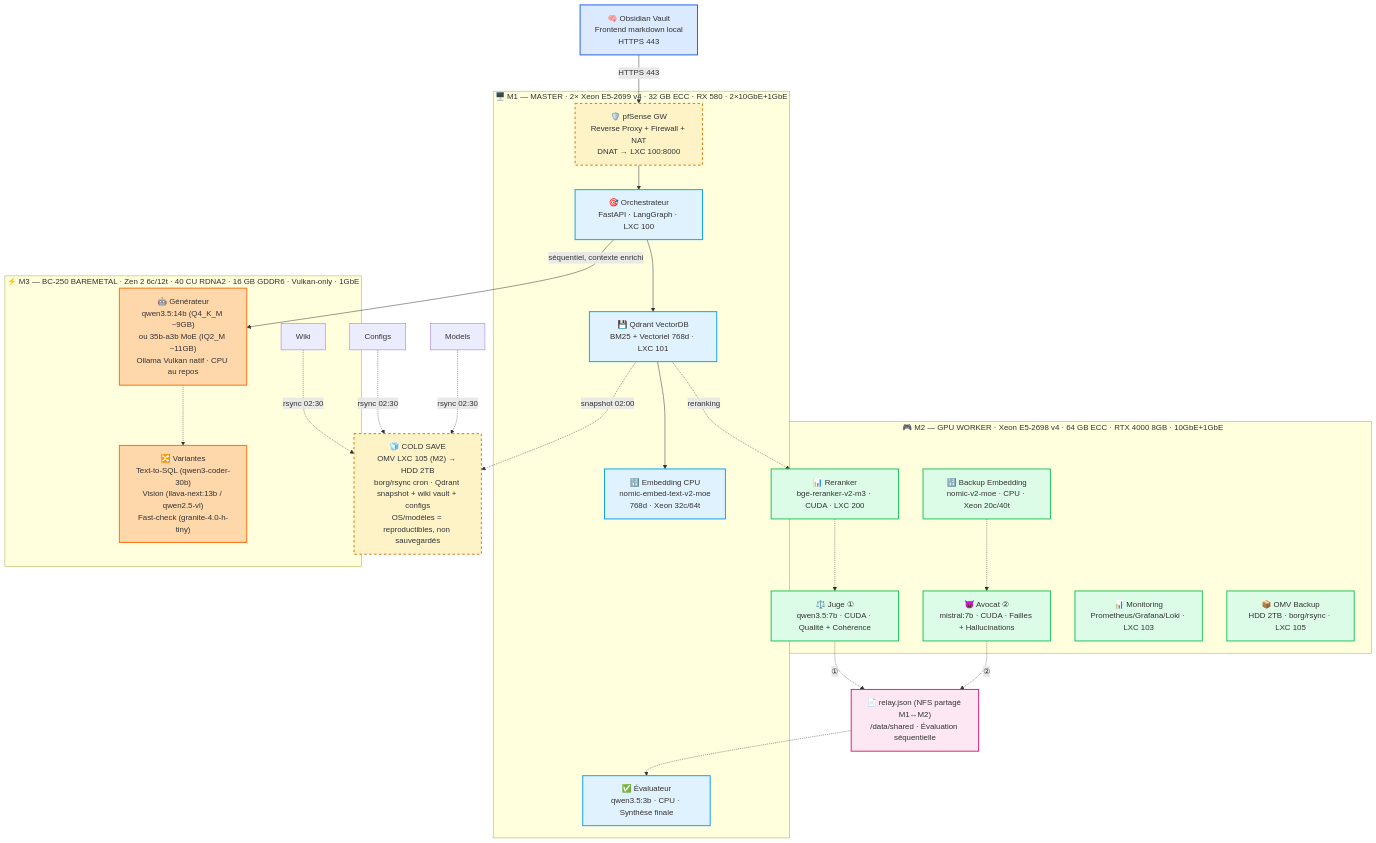
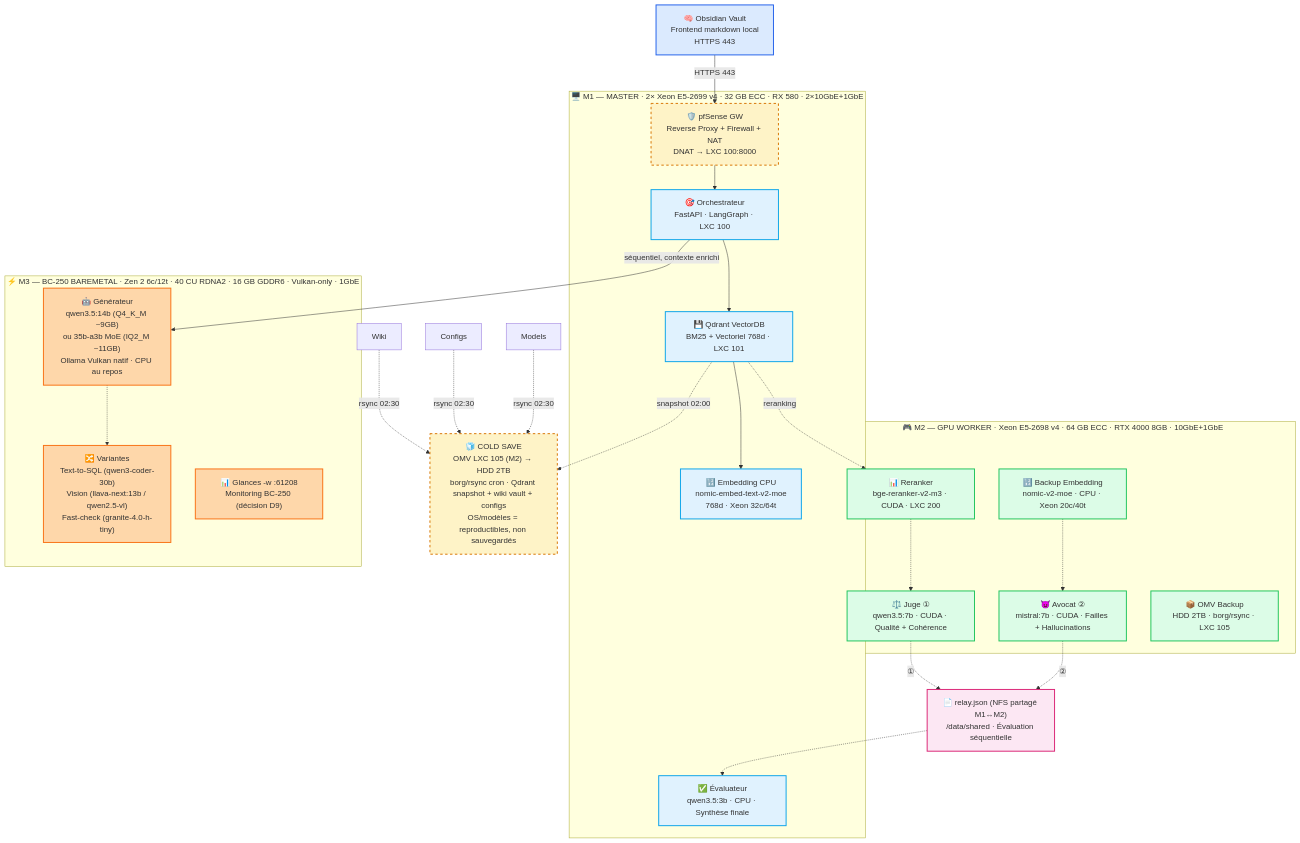
Before and after one commit to chelmooz/rag-multi-agent-cluster: the first of 6 diagrams in README.md, drawn with Mermaid. The commit also changed other lines of this file and 23 other files, not shown here.

Commit message:
chore: Sprint 1 hygiène/CI terminé + ROADMAP 4 phases (A-D) + décisions D10-D12 (mock-first, éval optionnelle)

````diff
--- a/README.md
+++ b/README.md
@@ -67,56 +83,56 @@
 ```mermaid
 flowchart TB
     classDef frontend fill:#dbeafe,stroke:#2563eb,stroke-width:2px
     classDef m1 fill:#e0f2fe,stroke:#0ea5e9,stroke-width:2px
     classDef m2 fill:#dcfce7,stroke:#22c55e,stroke-width:2px
     classDef m3 fill:#fed7aa,stroke:#f97316,stroke-width:2px
     classDef relay fill:#fce7f3,stroke:#db2777,stroke-width:2px
     classDef backup fill:#fef3c7,stroke:#d97706,stroke-width:2px,stroke-dasharray: 5 5
 
     Client["🧠 Obsidian Vault<br/>Frontend markdown local<br/>HTTPS 443"]:::frontend
     GW["🛡️ pfSense GW<br/>NAT · Firewall · Inter-VLAN<br/>DNAT → 10.10.0.1:443"]:::backup
 
 subgraph M1["🖥️ M1 — MASTER · 2× Xeon E5-2699 v4 · 32 GB ECC · RX 580 · 2×10GbE+1GbE"]
         Orch["🎯 Orchestrateur<br/>FastAPI · LangGraph · LXC 100"]:::m1
         Qdrant["💾 Qdrant VectorDB<br/>BM25 + Vectoriel 768d · LXC 101"]:::m1
         Embed["🔢 Embedding CPU<br/>nomic-embed-text-v2-moe<br/>768d · Xeon 32c/64t"]:::m1
         Eval["✅ Évaluateur<br/>qwen3.5:3b · CPU · Synthèse finale"]:::m1
         GW["🛡️ pfSense GW<br/>Reverse Proxy + Firewall + NAT<br/>DNAT → LXC 100:8000"]:::backup
     end
 
 subgraph M2["🎮 M2 — GPU WORKER · Xeon E5-2698 v4 · 64 GB ECC · RTX 4000 8GB · 10GbE+1GbE"]
         Rerank["📊 Reranker<br/>bge-reranker-v2-m3 · CUDA · LXC 200"]:::m2
         Judge["⚖️ Juge ①<br/>qwen3.5:7b · CUDA · Qualité + Cohérence"]:::m2
         Advocate["😈 Avocat ②<br/>mistral:7b · CUDA · Failles + Hallucinations"]:::m2
         BackupEmbed["🔢 Backup Embedding<br/>nomic-v2-moe · CPU · Xeon 20c/40t"]:::m2
-        Monitoring["📊 Monitoring<br/>Prometheus/Grafana/Loki · LXC 103"]:::m2
         OMV["📦 OMV Backup<br/>HDD 2TB · borg/rsync · LXC 105"]:::m2
     end
 
     subgraph M3["⚡ M3 — BC-250 BAREMETAL · Zen 2 6c/12t · 40 CU RDNA2 · 16 GB GDDR6 · Vulkan-only · 1GbE"]
         Gen["🤖 Générateur<br/>qwen3.5:14b (Q4_K_M ~9GB)<br/>ou 35b-a3b MoE (IQ2_M ~11GB)<br/>Ollama Vulkan natif · CPU au repos"]:::m3
         Variants["🔀 Variantes<br/>Text-to-SQL (qwen3-coder-30b)<br/>Vision (llava-next:13b / qwen2.5-vl)<br/>Fast-check (granite-4.0-h-tiny)"]:::m3
+        Glances["📊 Glances -w :61208<br/>Monitoring BC-250 (décision D9)"]:::m3
     end
 
 Relay["📄 relay.json (NFS partagé M1↔M2)<br/>/data/shared · Évaluation séquentielle"]:::relay
     Cold["🧊 COLD SAVE<br/>OMV LXC 105 (M2) → HDD 2TB<br/>borg/rsync cron · Qdrant snapshot + wiki vault + configs<br/>OS/modèles = reproductibles, non sauvegardés"]:::backup
 
     Client -->|HTTPS 443| GW --> Orch
     Orch --> Qdrant --> Embed
     Orch -->|séquentiel, contexte enrichi| Gen
     Gen -.-> Variants
     Qdrant -.->|reranking| Rerank
     Rerank -.-> Judge
     Judge -.->|①| Relay
     Advocate -.->|②| Relay
     Relay -.-> Eval
     BackupEmbed -.-> Advocate
     Qdrant -.->|snapshot 02:00| Cold
     Wiki -.->|rsync 02:30| Cold
     Configs -.->|rsync 02:30| Cold
     Models -.->|rsync 02:30| Cold
 
     %% RÈGLE D'OR BC-250 : le CPU est le serviteur du GPU.
     %% Toute charge CPU = vol de bande passante mémoire au Générateur 14B.
     %% Embedding = M1 CPU (principal) / M2 CPU (backup).
 ```
````
